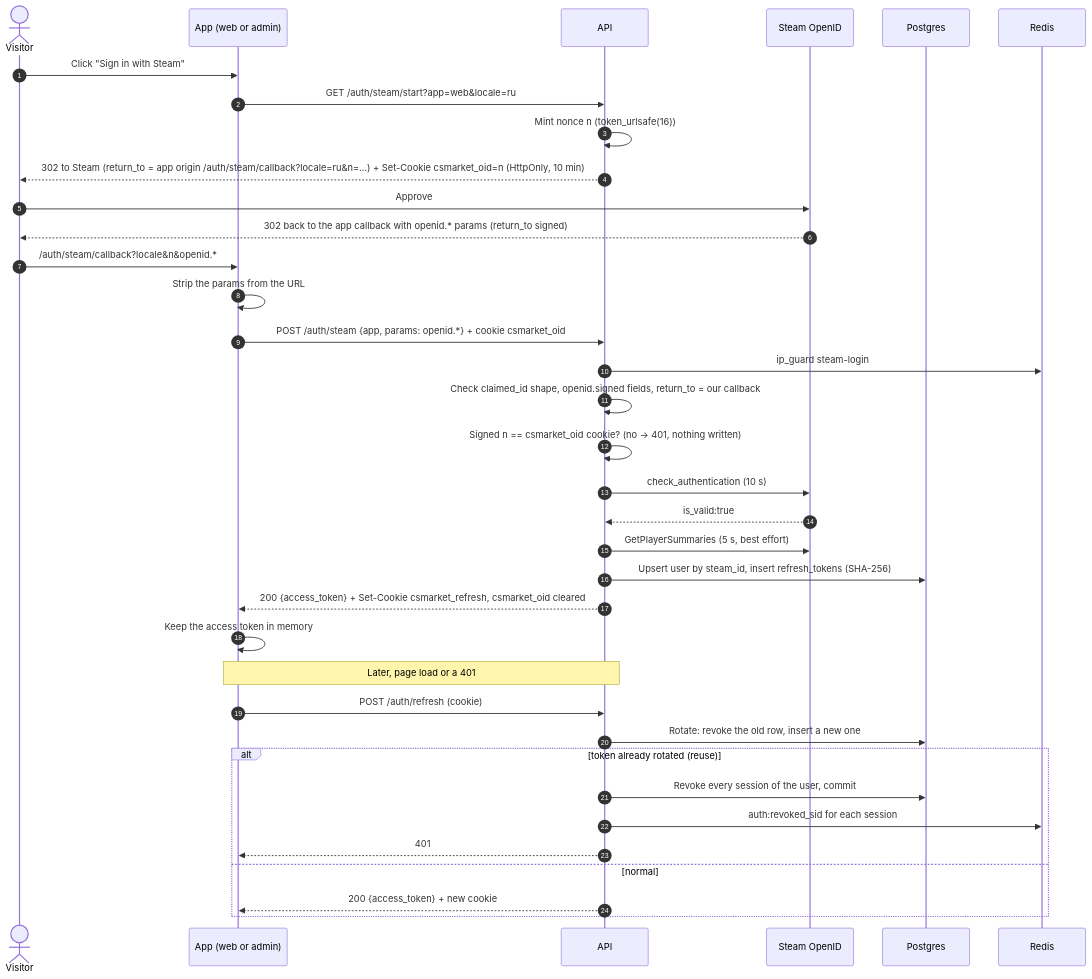
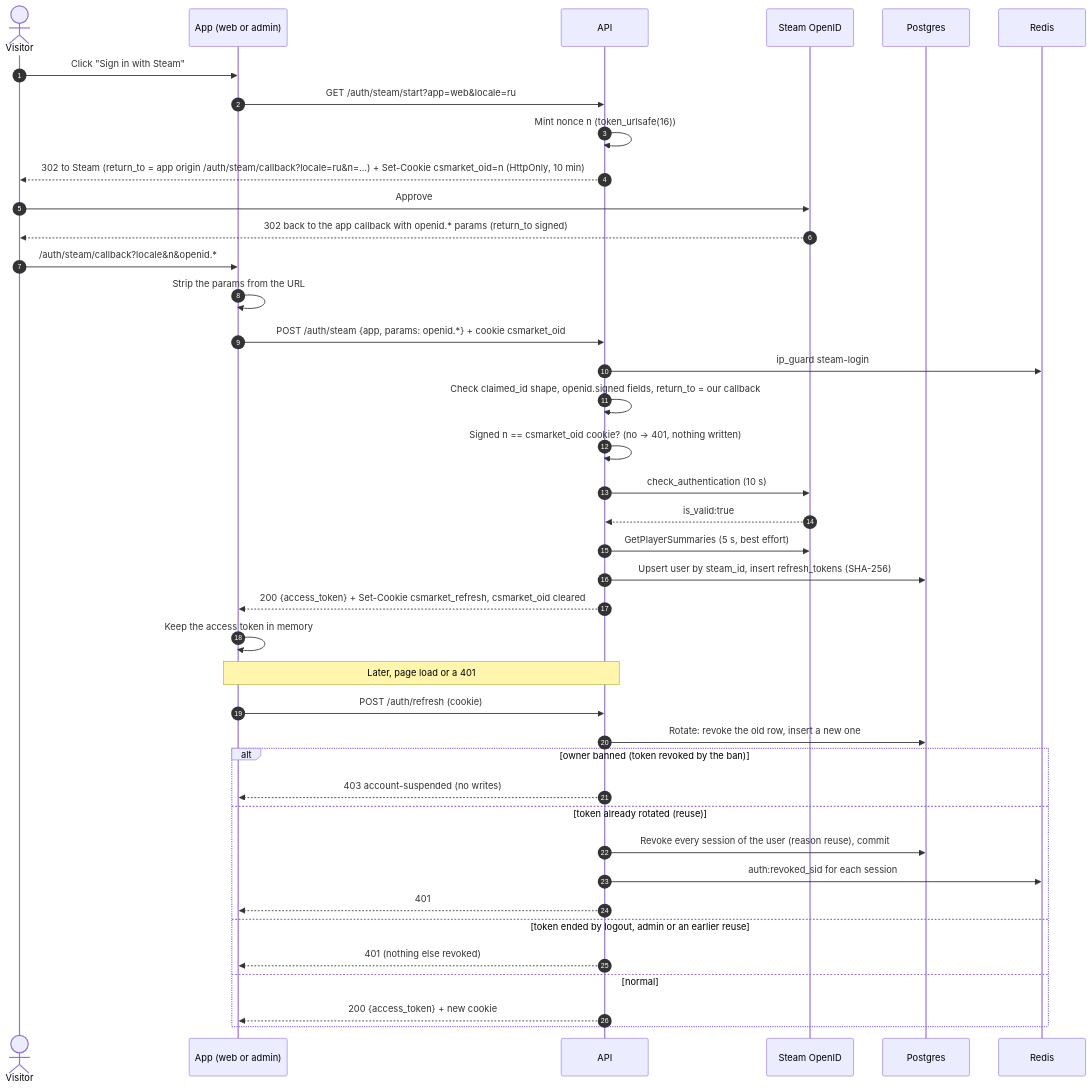
The diagram in docs/product/flows/sign-in.md (jamaomonov/csmarket), drawn with Mermaid before and after one commit. The commit also changed 9 other files, not shown here.

````diff
--- a/docs/product/flows/sign-in.md
+++ b/docs/product/flows/sign-in.md
@@ -24,40 +24,44 @@
 ```mermaid
 sequenceDiagram
     autonumber
     actor U as Visitor
     participant App as App (web or admin)
     participant API as API
     participant Steam as Steam OpenID
     participant DB as Postgres
     participant R as Redis
 
     U->>App: Click "Sign in with Steam"
     App->>API: GET /auth/steam/start?app=web&locale=ru
     API->>API: Mint nonce n (token_urlsafe(16))
     API-->>U: 302 to Steam (return_to = app origin /auth/steam/callback?locale=ru&n=…) + Set-Cookie csmarket_oid=n (HttpOnly, 10 min)
     U->>Steam: Approve
     Steam-->>U: 302 back to the app callback with openid.* params (return_to signed)
     U->>App: /auth/steam/callback?locale&n&openid.*
     App->>App: Strip the params from the URL
     App->>API: POST /auth/steam {app, params: openid.*} + cookie csmarket_oid
     API->>R: ip_guard steam-login
     API->>API: Check claimed_id shape, openid.signed fields, return_to = our callback
     API->>API: Signed n == csmarket_oid cookie? (no → 401, nothing written)
     API->>Steam: check_authentication (10 s)
     Steam-->>API: is_valid:true
     API->>Steam: GetPlayerSummaries (5 s, best effort)
     API->>DB: Upsert user by steam_id, insert refresh_tokens (SHA-256)
     API-->>App: 200 {access_token} + Set-Cookie csmarket_refresh, csmarket_oid cleared
     App->>App: Keep the access token in memory
 
     Note over App,API: Later, page load or a 401
     App->>API: POST /auth/refresh (cookie)
     API->>DB: Rotate: revoke the old row, insert a new one
-    alt token already rotated (reuse)
-        API->>DB: Revoke every session of the user, commit
+    alt owner banned (token revoked by the ban)
+        API-->>App: 403 account-suspended (no writes)
+    else token already rotated (reuse)
+        API->>DB: Revoke every session of the user (reason reuse), commit
         API->>R: auth:revoked_sid for each session
         API-->>App: 401
+    else token ended by logout, admin or an earlier reuse
+        API-->>App: 401 (nothing else revoked)
     else normal
         API-->>App: 200 {access_token} + new cookie
     end
 ```
````
